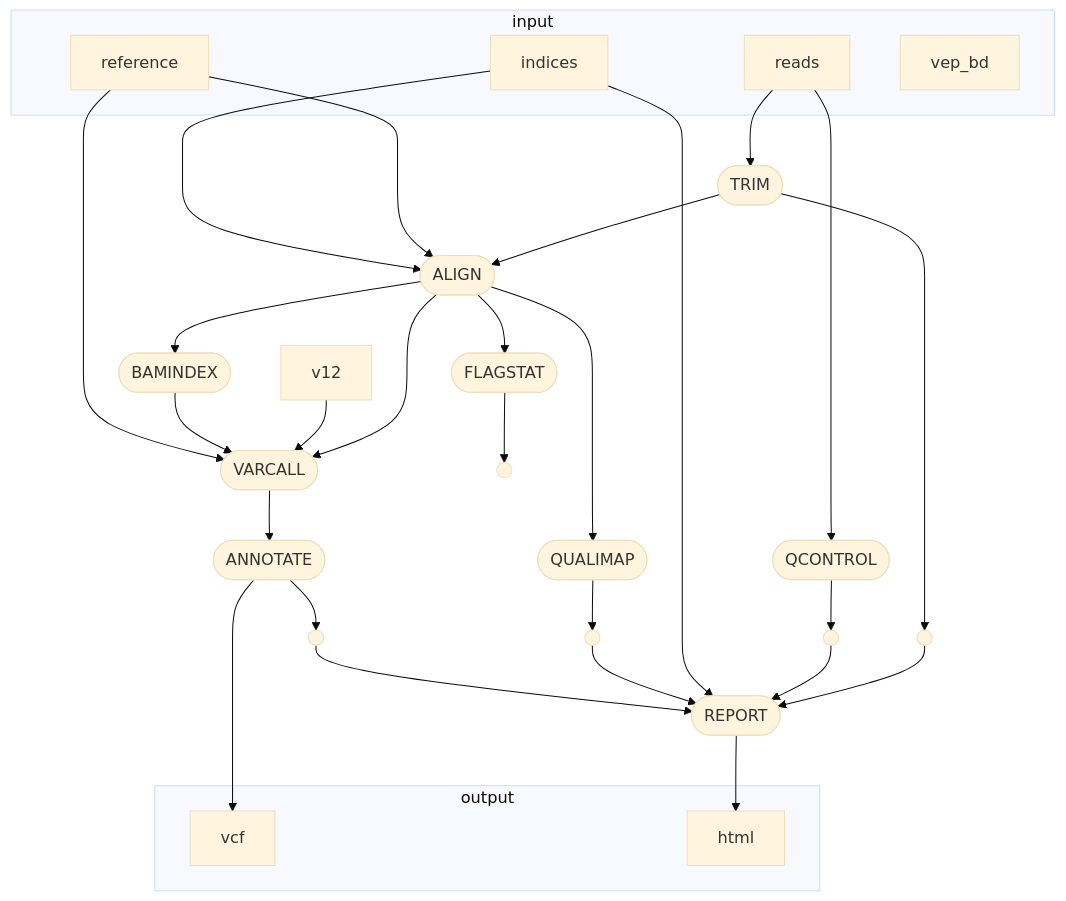
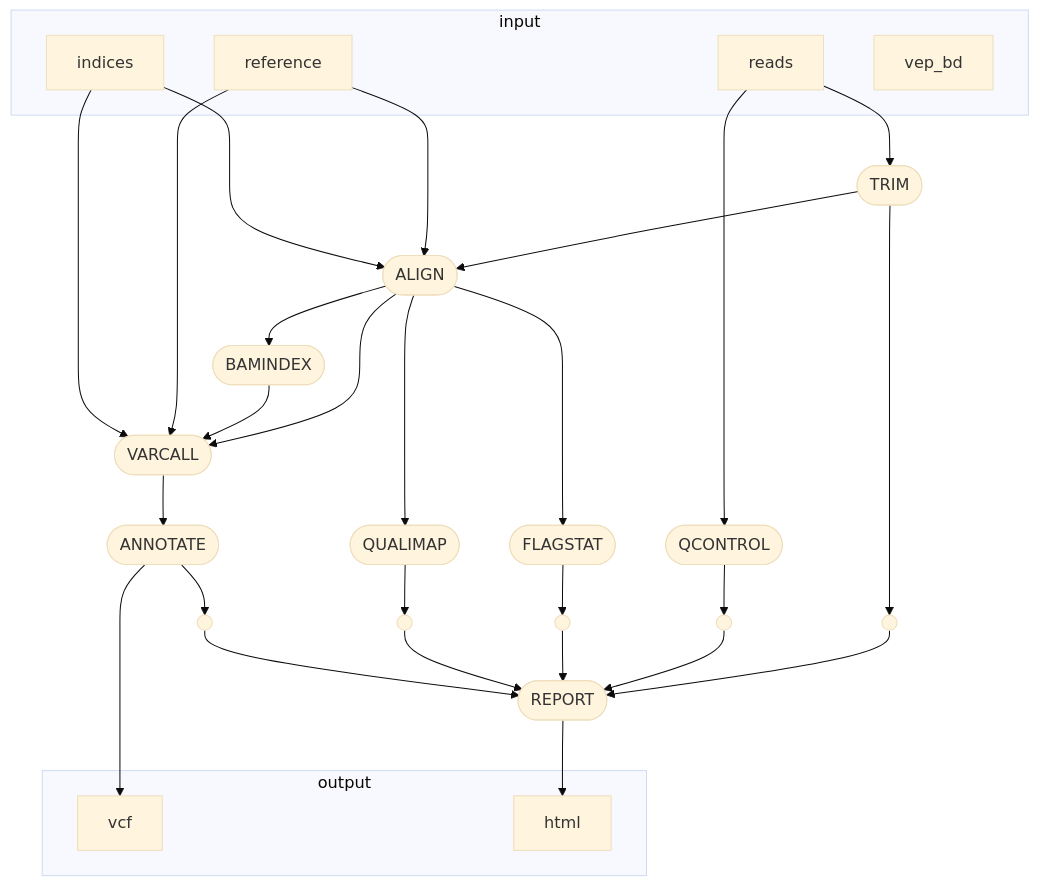
One commit to glebus-sasha/octopus_nf changed the diagram in README.md. Above: the diagram before and after it, drawn with Mermaid.

````diff
--- a/README.md
+++ b/README.md
@@ -5,53 +5,53 @@
 ```mermaid
 %%{init: {'theme':'base'}}%%
 flowchart TB
     subgraph "input"
     v0["reads"]
     v1["reference"]
     v30["indices"]
     v31["vep_bd"]
     end
     v3([QCONTROL])
     subgraph "output"
     v18["vcf"]
     v25["html"]
     end
     v5([TRIM])
     v8([ALIGN])
     v9([FLAGSTAT])
     v10([QUALIMAP])
     v13([BAMINDEX])
     v14([VARCALL])
     v17([ANNOTATE])
     v24([REPORT])
     v19(( ))
     v20(( ))
     v21(( ))
     v22(( ))
     v23(( ))
     v0 --> v3
     v0 --> v5
     v3 --> v20
     v5 --> v8
     v5 --> v19
     v1 --> v8
     v30 --> v8
     v8 --> v9
     v8 --> v10
     v8 --> v13
     v8 --> v14
     v9 --> v21
     v10 --> v22
-    v12 --> v14
     v13 --> v14
     v1 --> v14
     v14 --> v17
     v17 --> v18
     v17 --> v23
     v19 --> v24
     v20 --> v24
-    v30 --> v24
+    v30 --> v14
+    v21 --> v24
     v22 --> v24
     v23 --> v24
     v24 --> v25
 ```
````
